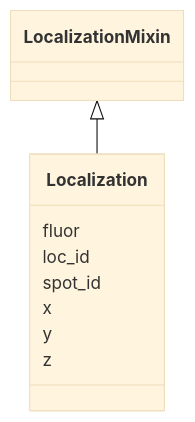
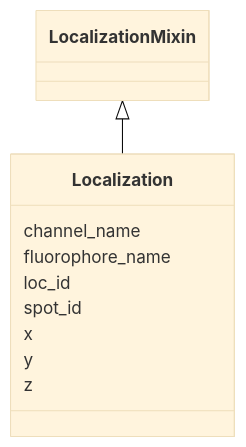
One commit to strambc/fof-ct-linkml changed the diagram in docs/bas/Localization.md. Above: the diagram before and after it, drawn with Mermaid (base theme). The commit also changed other lines of this file and 187 other files, not shown here.

First line of the commit message:
Align LinkML schema with FOF-CT RTD (review_updates)

````diff
--- a/docs/bas/Localization.md
+++ b/docs/bas/Localization.md
@@ -23,21 +23,23 @@
 ```mermaid
  classDiagram
     class Localization
     click Localization href "../Localization/"
       LocalizationMixin <|-- Localization
         click LocalizationMixin href "../LocalizationMixin/"
       
-      Localization : fluor
+      Localization : channel_name
+        
+      Localization : fluorophore_name
         
       Localization : loc_id
         
       Localization : spot_id
         
       Localization : x
         
       Localization : y
         
       Localization : z
         
       
 ```
````
